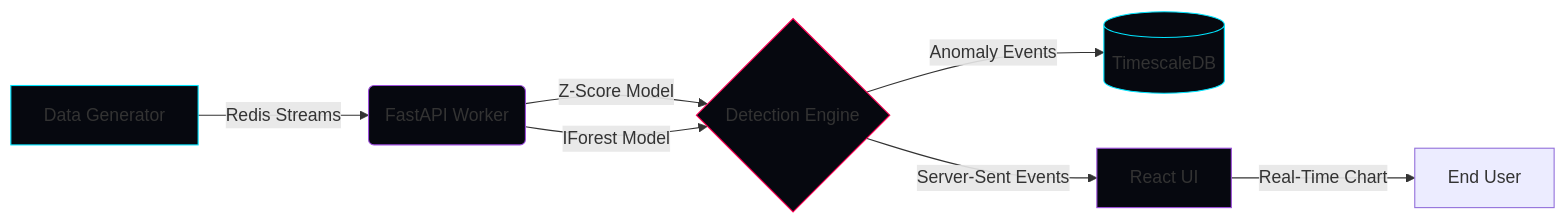
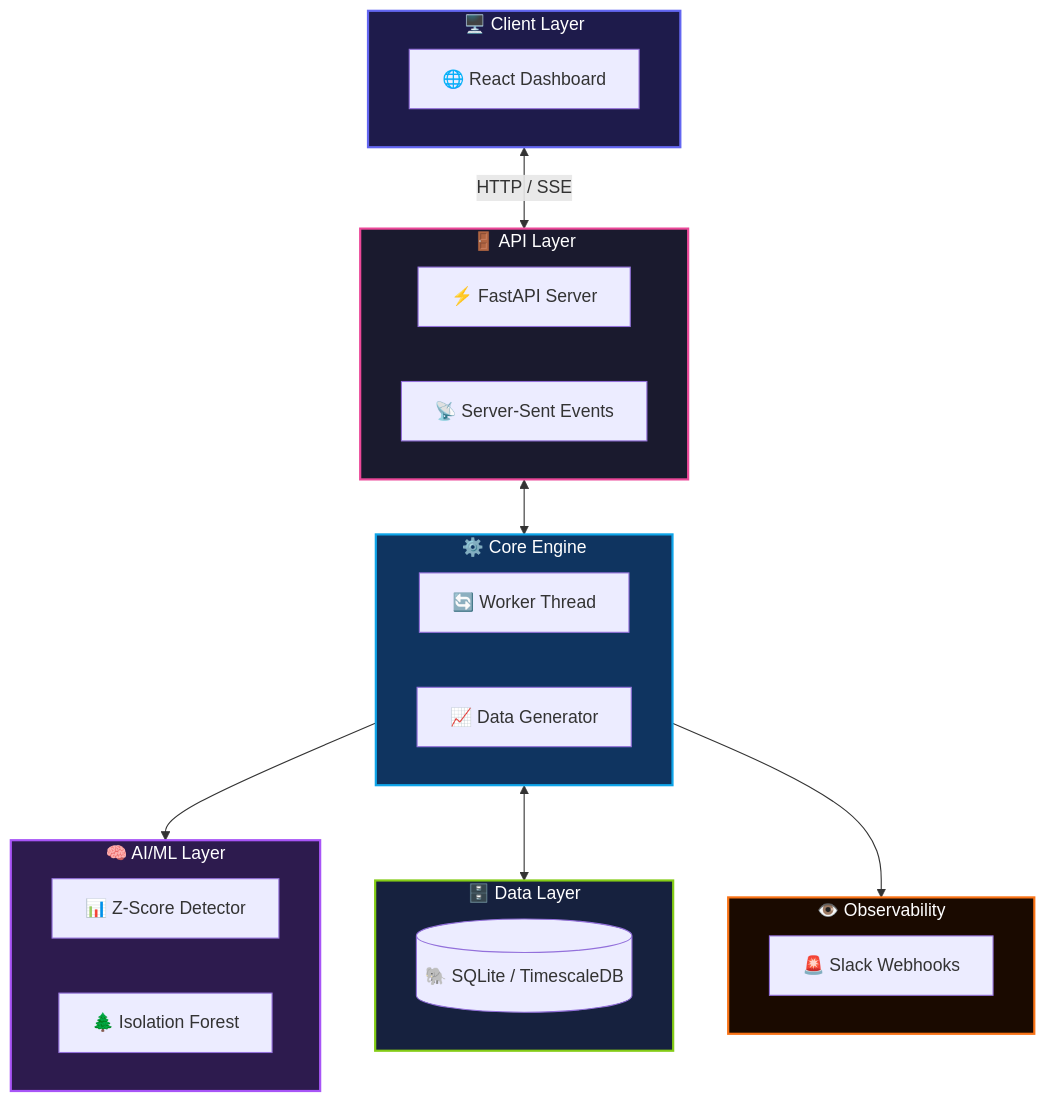
The first of 3 diagrams in README.md (Shikhar-Kesharwani/chronoshield), drawn with Mermaid before and after one commit. The commit also changed other lines of this file, not shown here.

````diff
--- a/README.md
+++ b/README.md
@@ -33,15 +109,42 @@
 ```mermaid
-graph LR
-    A[Data Generator] -->|Redis Streams| B(FastAPI Worker)
-    B -->|Z-Score Model| C{Detection Engine}
-    B -->|IForest Model| C
-    C -->|Anomaly Events| D[(TimescaleDB)]
-    C -->|Server-Sent Events| E[React UI]
-    E -->|Real-Time Chart| F[End User]
-    
-    style A fill:#06080F,stroke:#00E5FF
-    style B fill:#06080F,stroke:#9D4EDD
-    style C fill:#06080F,stroke:#FF0055
-    style D fill:#06080F,stroke:#00E5FF
-    style E fill:#06080F,stroke:#9D4EDD
+graph TB
+    subgraph Client["🖥️ Client Layer"]
+        WEB[🌐 React Dashboard]
+    end
+
+    subgraph API["🚪 API Layer"]
+        FAST[⚡ FastAPI Server]
+        SSE[📡 Server-Sent Events]
+    end
+
+    subgraph Processing["⚙️ Core Engine"]
+        WORK[🔄 Worker Thread]
+        GEN[📈 Data Generator]
+    end
+
+    subgraph Intelligence["🧠 AI/ML Layer"]
+        ZSC[📊 Z-Score Detector]
+        IFOR[🌲 Isolation Forest]
+    end
+
+    subgraph Data["🗄️ Data Layer"]
+        DB[(🐘 SQLite / TimescaleDB)]
+    end
+
+    subgraph Observability["👁️ Observability"]
+        SLACK[🚨 Slack Webhooks]
+    end
+
+    Client <-->|HTTP / SSE| API
+    API <--> Processing
+    Processing --> Intelligence
+    Processing <--> Data
+    Processing --> Observability
+
+    style Client fill:#1e1b4b,color:#fff,stroke:#6366f1,stroke-width:2px
+    style API fill:#1a1a2e,color:#fff,stroke:#ec4899,stroke-width:2px
+    style Processing fill:#0f3460,color:#fff,stroke:#0ea5e9,stroke-width:2px
+    style Intelligence fill:#2d1b4e,color:#fff,stroke:#a855f7,stroke-width:2px
+    style Data fill:#16213e,color:#fff,stroke:#84cc16,stroke-width:2px
+    style Observability fill:#1a0a00,color:#fff,stroke:#f97316,stroke-width:2px
 ```
````
